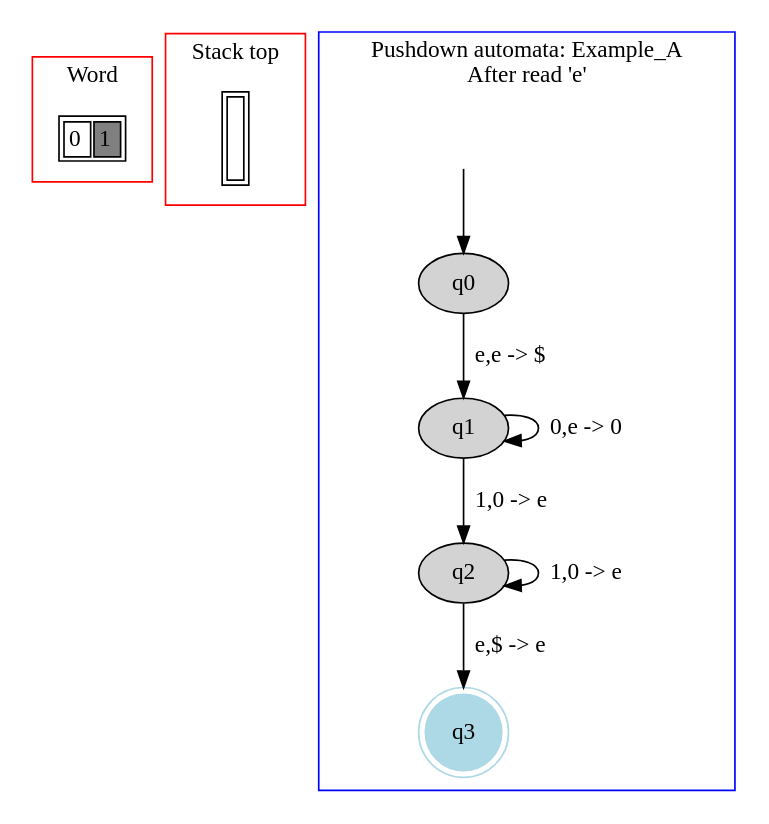
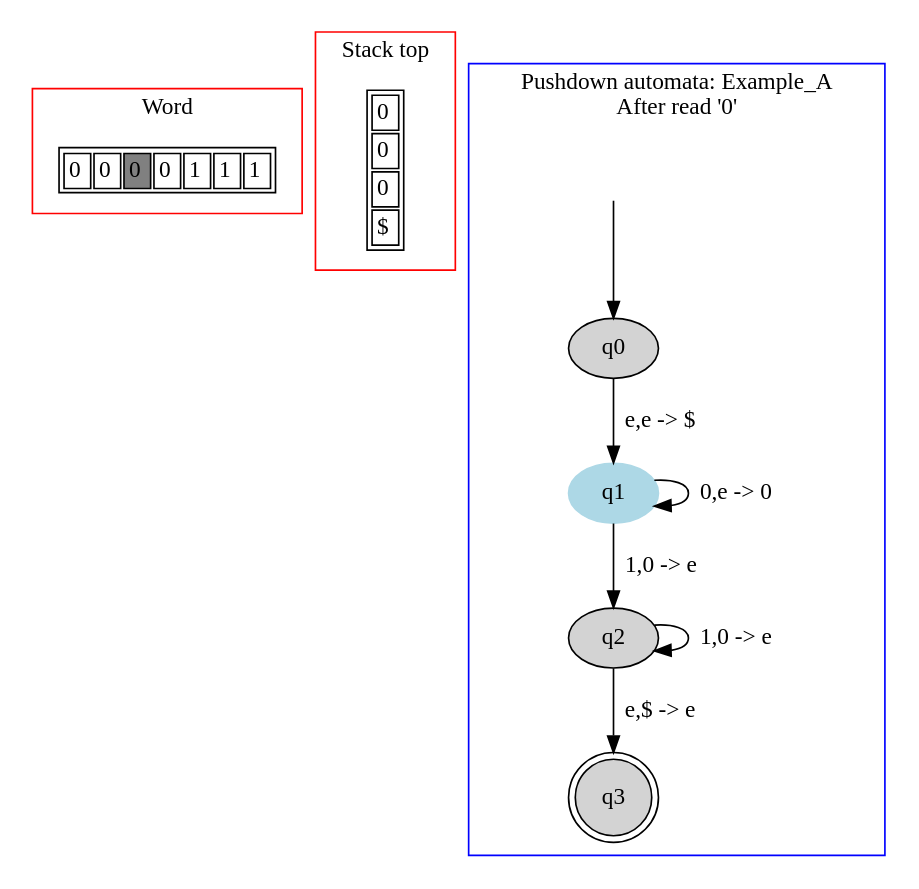
Before and after one commit to danielScLima/pushdown_automata: the diagram in PA/images/file5.dot, drawn with Graphviz. The commit also changed 21 other files, not shown here.

```diff
--- a/PA/images/file5.dot
+++ b/PA/images/file5.dot
@@ -1,43 +1,60 @@
 digraph G {
 	subgraph cluster_0 {
 		node [shape=plaintext];
 
 struct1 [label=<<TABLE>
 <TR>
 <TD><FONT>0</FONT></TD>
-<TD BGCOLOR="gray"><FONT>1</FONT></TD>
+<TD><FONT>0</FONT></TD>
+<TD BGCOLOR="gray"><FONT>0</FONT></TD>
+<TD><FONT>0</FONT></TD>
+<TD><FONT>1</FONT></TD>
+<TD><FONT>1</FONT></TD>
+<TD><FONT>1</FONT></TD>
 </TR>
 </TABLE>>];
 label = "Word";
 color=red;
 }
 	subgraph cluster_2 {
 		node [shape=plaintext];
 
 struct2 [label=<<TABLE>
 <TR>
-<TD width="10" height="50">
-</TD>
+<TD>
+0</TD>
+</TR>
+<TR>
+<TD>
+0</TD>
+</TR>
+<TR>
+<TD>
+0</TD>
+</TR>
+<TR>
+<TD>
+$</TD>
 </TR>
 </TABLE>>];
 label = "Stack top";
 color=red;
 }
 	subgraph cluster_1 {
 		node [style=filled];
 		label = "Pushdown automata: Example_A
-After read 'e'"
+After read '0'"
 		color=blue;
 
 		q0;
-		q1;
+		q1 [color="lightblue"];
 		q2;
-		q3 [shape="doublecircle",color="lightblue"];
+		q3 [shape="doublecircle"];
 		q0->q1[label="e,e -> $"];
 		q1->q1[label="0,e -> 0"];
 		q1->q2[label="1,0 -> e"];
 		q2->q2[label="1,0 -> e"];
 		q2->q3[label="e,$ -> e"];
 x [color=white, label=""];		x->q0	}
 
 }
```
